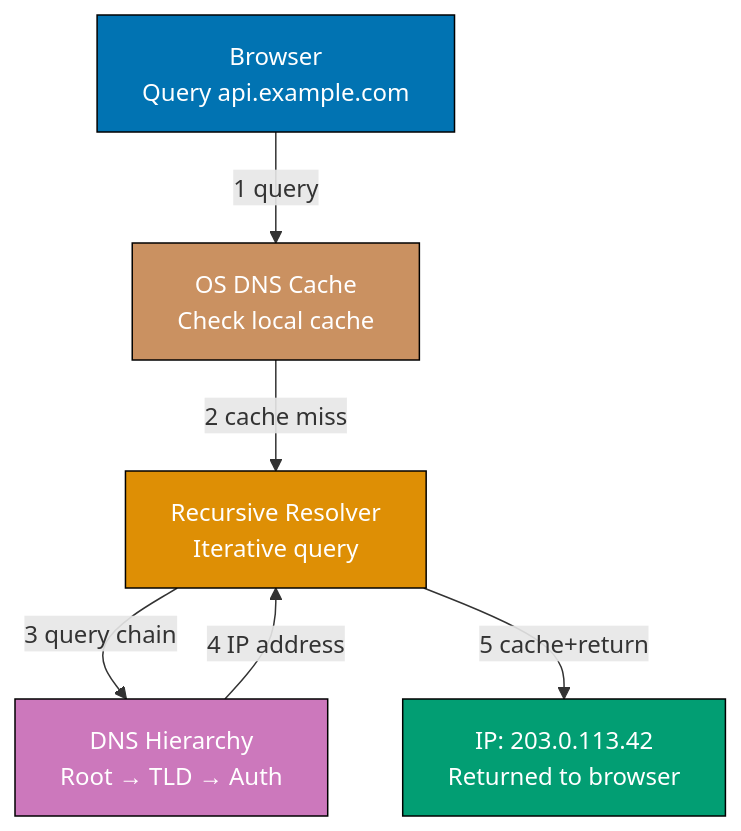
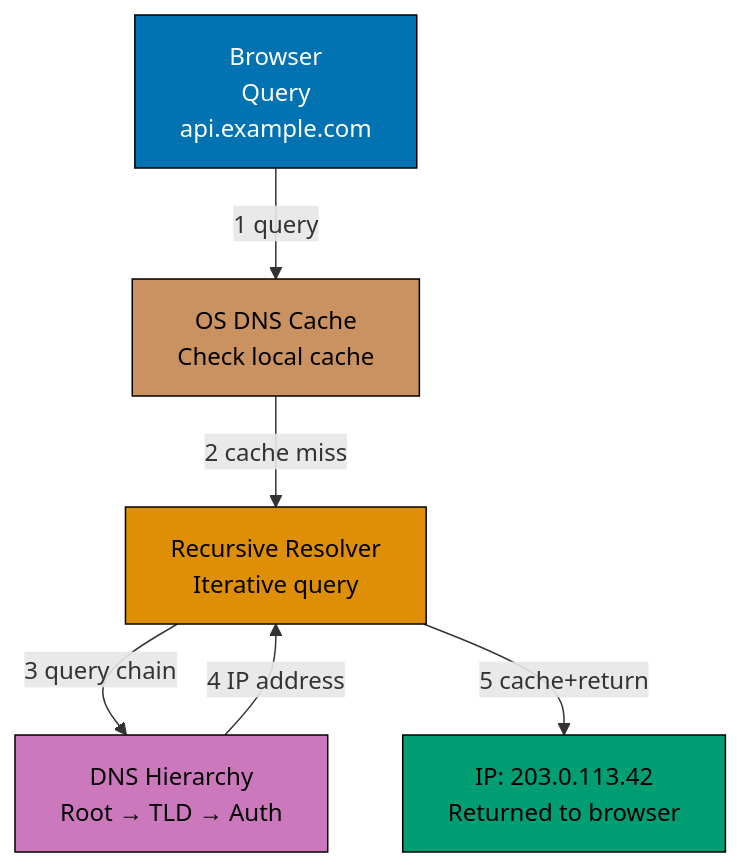
One commit to wahidyankf/ose-public changed the second of 8 diagrams in apps/ayokoding-www/content/en/learn/legacy/software-engineering/system-design/by-example/beginner.md. Above: the diagram before and after it, drawn with Mermaid. The commit also changed other lines of this file and 78 other files, not shown here.

First line of the commit message:
fix(mermaid): bring the remaining legacy software-engineering diagrams onto the accessible palette

````diff
--- a/apps/ayokoding-www/content/en/learn/legacy/software-engineering/system-design/by-example/beginner.md
+++ b/apps/ayokoding-www/content/en/learn/legacy/software-engineering/system-design/by-example/beginner.md
@@ -601,21 +607,29 @@
 ```mermaid
 %% Color Palette: Blue #0173B2, Orange #DE8F05, Teal #029E73, Purple #CC78BC, Brown #CA9161
 graph TD
-    A["Browser<br/>Query api.example.com"]
+    accTitle: Example 4: DNS Resolution — How Names Become Addresses
+    accDescr: Graph with 5 nodes and 5 connections. Nodes: Browser Query api.example.com, OS DNS Cache Check local cache, Recursive Resolver Iterative query, DNS Hierarchy Root → TLD → Auth, IP: 203.0.113.42 Returned to browser. Connections: Browser Query api.example.com to OS DNS Cache Check local cache (1 query), OS DNS Cache Check local cache to Recursive Resolver Iterative query (2 cache miss), Recursive Resolver Iterative query to DNS Hierarchy Root → TLD → Auth (3 query chain), DNS Hierarchy Root → TLD → Auth to Recursive Resolver Iterative query (4 IP address), Recursive Resolver Iterative query to IP: 203.0.113.42 Returned to browser (5 cache+return).
+    A["Browser<br/>Query<br/>api.example.com"]
     B["OS DNS Cache<br/>Check local cache"]
     C["Recursive Resolver<br/>Iterative query"]
     D["DNS Hierarchy<br/>Root → TLD → Auth"]
     E["IP: 203.0.113.42<br/>Returned to browser"]
 
     A -- 1 query --> B
     B -- 2 cache miss --> C
     C -- 3 query chain --> D
     D -- 4 IP address --> C
     C -- 5 cache+return --> E
 
-    style A fill:#0173B2,stroke:#000,color:#fff
-    style B fill:#CA9161,stroke:#000,color:#fff
-    style C fill:#DE8F05,stroke:#000,color:#fff
-    style D fill:#CC78BC,stroke:#000,color:#fff
-    style E fill:#029E73,stroke:#000,color:#fff
+    classDef pal-0173B2 fill:#0173B2,stroke:#000000,color:#FFFFFF
+    class A pal-0173B2
+    classDef pal-CA9161 fill:#CA9161,stroke:#000000,color:#000000
+    class B pal-CA9161
+    classDef pal-DE8F05 fill:#DE8F05,stroke:#000000,color:#000000
+    class C pal-DE8F05
+    classDef pal-CC78BC fill:#CC78BC,stroke:#000000,color:#000000
+    class D pal-CC78BC
+    classDef pal-029E73 fill:#029E73,stroke:#000000,color:#000000
+    class E pal-029E73
+    classDef default fill:#FFFFFF,stroke:#000000,color:#000000
 ```
````
